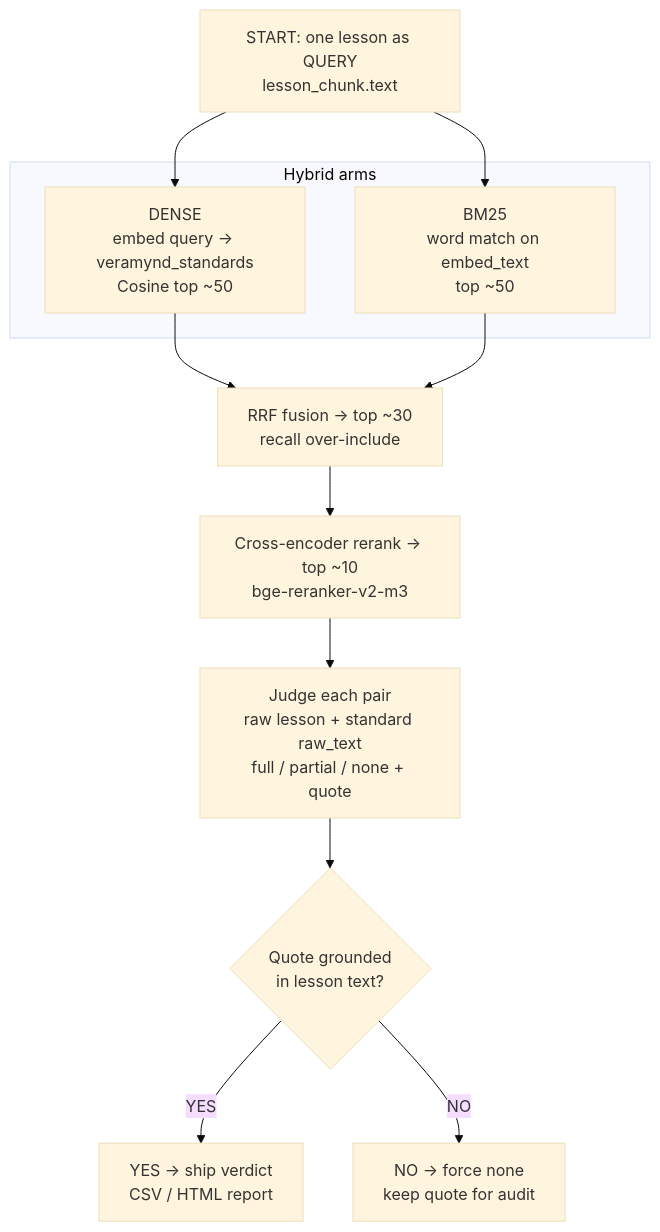
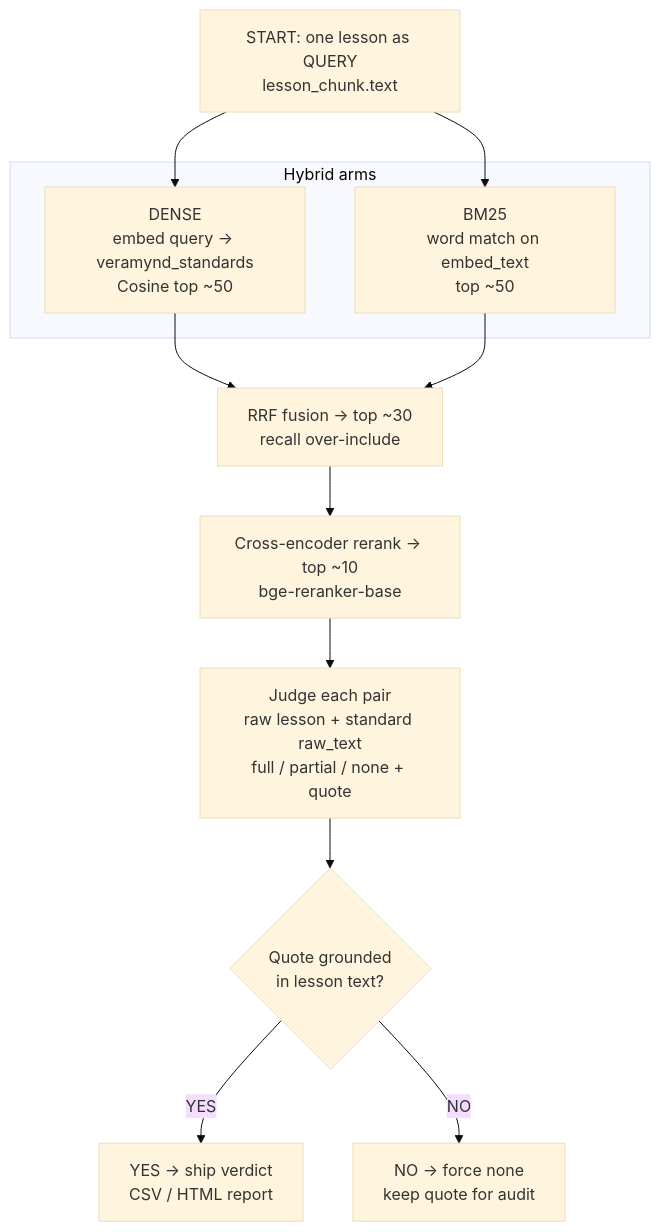
One commit to abaidurerehman1/Veramynd changed the diagram in veramynd/docs/diagrams/flow/03_query_funnel_deep.mmd. Above: the diagram before and after it, drawn with Mermaid (base theme). The commit also changed 97 other files, not shown here.

```diff
--- a/veramynd/docs/diagrams/flow/03_query_funnel_deep.mmd
+++ b/veramynd/docs/diagrams/flow/03_query_funnel_deep.mmd
@@ -1,24 +1,24 @@
 %% Veramynd — Query Funnel Deep Dive
 %% Source for docs/diagrams/flow/03_query_funnel_deep.png
 flowchart TB
   START["START: one lesson as QUERY<br/>lesson_chunk.text"]
 
   subgraph ARMS["Hybrid arms"]
     DENSE["DENSE<br/>embed query → veramynd_standards<br/>Cosine top ~50"]
     BM25["BM25<br/>word match on embed_text<br/>top ~50"]
   end
 
   RRF["RRF fusion → top ~30<br/>recall over-include"]
-  RERANK["Cross-encoder rerank → top ~10<br/>bge-reranker-v2-m3"]
+  RERANK["Cross-encoder rerank → top ~10<br/>bge-reranker-base"]
   JUDGE["Judge each pair<br/>raw lesson + standard raw_text<br/>full / partial / none + quote"]
   GROUND{"Quote grounded<br/>in lesson text?"}
   REJECT["NO → force none<br/>keep quote for audit"]
   SHIP["YES → ship verdict<br/>CSV / HTML report"]
 
   START --> DENSE
   START --> BM25
   DENSE --> RRF
   BM25 --> RRF
   RRF --> RERANK --> JUDGE --> GROUND
   GROUND -->|YES| SHIP
   GROUND -->|NO| REJECT
```
